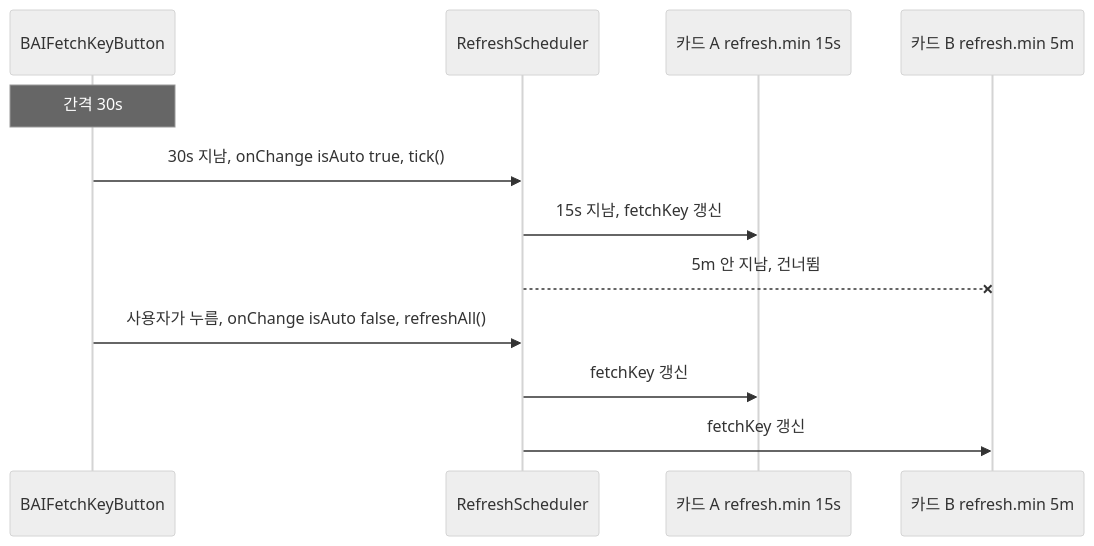
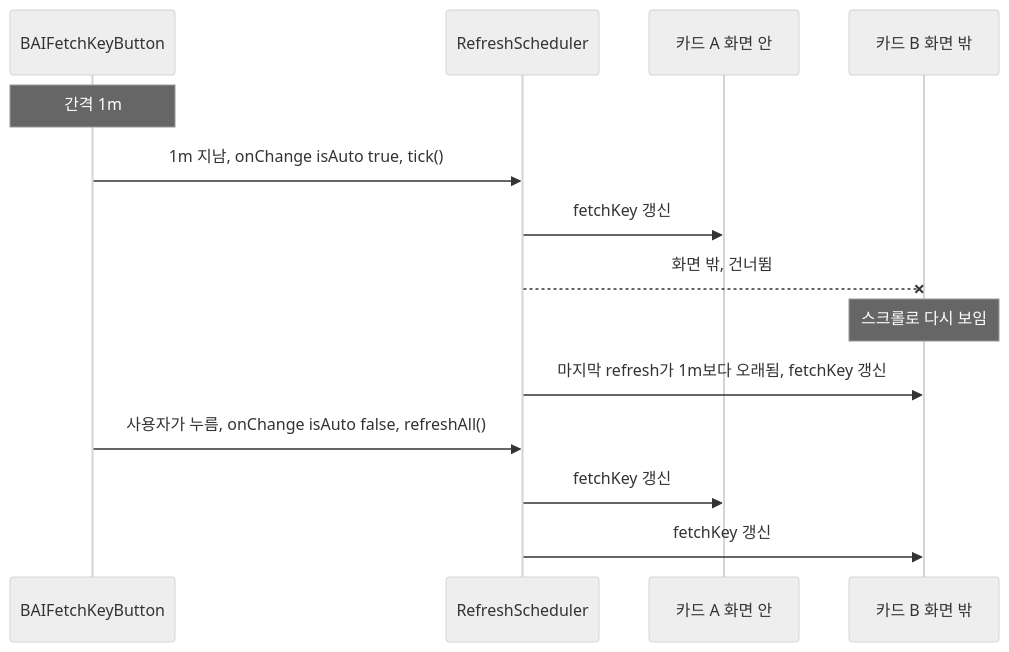
The second of 2 diagrams in docs/adr/0017-dashboard-filter-bar.md (lablup/backend.ai-webui), drawn with Mermaid (neutral theme) before and after one commit. The commit also changed other lines of this file and 13 other files, not shown here.

First line of the commit message:
feat(#10582): refresh every card on each tick and read one resource group per card

````diff
--- a/docs/adr/0017-dashboard-filter-bar.md
+++ b/docs/adr/0017-dashboard-filter-bar.md
@@ -44,14 +44,16 @@
 ```mermaid
 sequenceDiagram
   participant C as BAIFetchKeyButton
   participant T as RefreshScheduler
-  participant A as 카드 A refresh.min 15s
-  participant B as 카드 B refresh.min 5m
-  Note over C: 간격 30s
-  C->>T: 30s 지남, onChange isAuto true, tick()
-  T->>A: 15s 지남, fetchKey 갱신
-  T--xB: 5m 안 지남, 건너뜀
+  participant A as 카드 A 화면 안
+  participant B as 카드 B 화면 밖
+  Note over C: 간격 1m
+  C->>T: 1m 지남, onChange isAuto true, tick()
+  T->>A: fetchKey 갱신
+  T--xB: 화면 밖, 건너뜀
+  Note over B: 스크롤로 다시 보임
+  T->>B: 마지막 refresh가 1m보다 오래됨, fetchKey 갱신
   C->>T: 사용자가 누름, onChange isAuto false, refreshAll()
   T->>A: fetchKey 갱신
   T->>B: fetchKey 갱신
 ```
````
